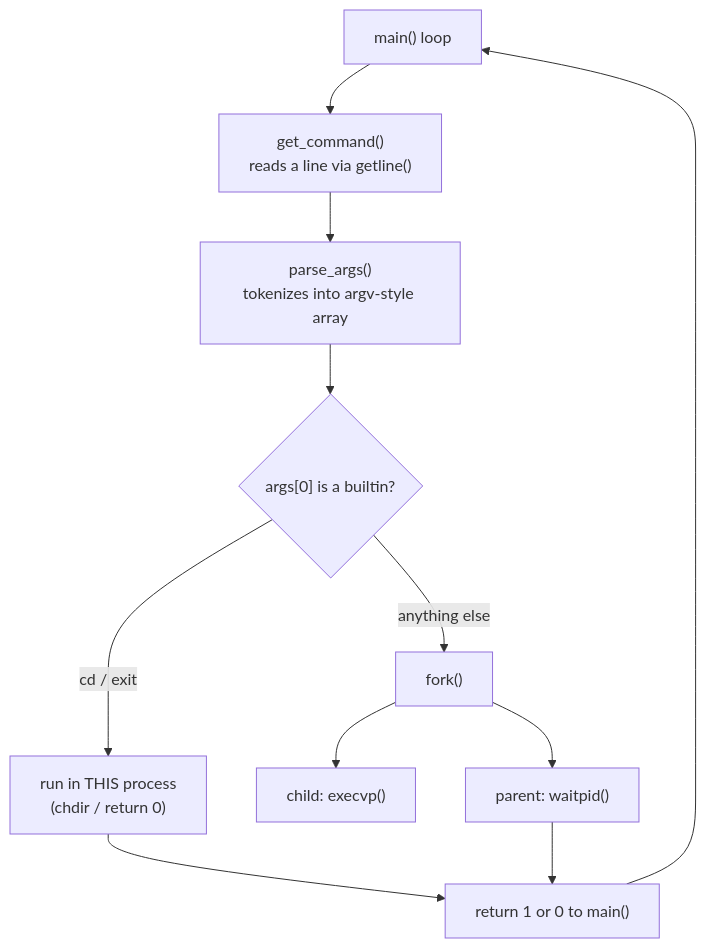
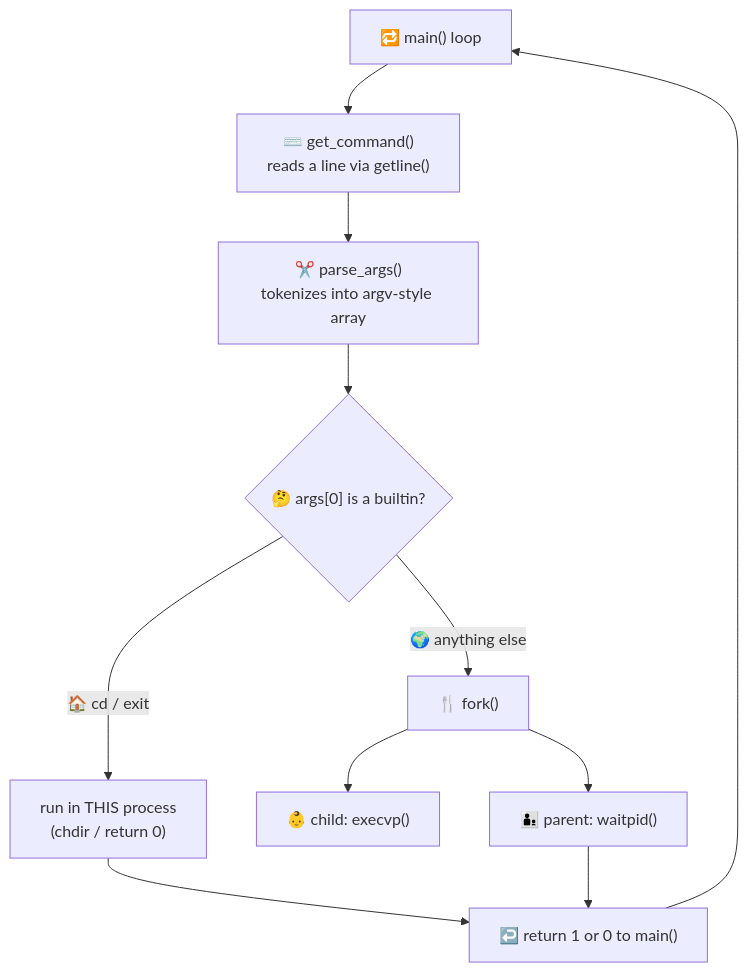
Before and after one commit to kwamekumiappiah/mini-shell: the diagram in README.md, drawn with Mermaid. The commit also changed other lines of this file, not shown here.

Commit message:
Made it more interactive with more graphical elements

````diff
--- a/README.md
+++ b/README.md
@@ -61,13 +75,13 @@
 ```mermaid
 flowchart TD
-    A["main() loop"] --> B["get_command()\nreads a line via getline()"]
-    B --> C["parse_args()\ntokenizes into argv-style array"]
-    C --> D{"args[0] is a builtin?"}
-    D -- "cd / exit" --> E["run in THIS process\n(chdir / return 0)"]
-    D -- "anything else" --> F["fork()"]
-    F --> G["child: execvp()"]
-    F --> H["parent: waitpid()"]
-    E --> I["return 1 or 0 to main()"]
+    A["🔁 main() loop"] --> B["⌨️ get_command()\nreads a line via getline()"]
+    B --> C["✂️ parse_args()\ntokenizes into argv-style array"]
+    C --> D{"🤔 args[0] is a builtin?"}
+    D -- "🏠 cd / exit" --> E["run in THIS process\n(chdir / return 0)"]
+    D -- "🌍 anything else" --> F["🍴 fork()"]
+    F --> G["👶 child: execvp()"]
+    F --> H["👨‍👦 parent: waitpid()"]
+    E --> I["↩️ return 1 or 0 to main()"]
     H --> I
     I --> A
 ```
````
